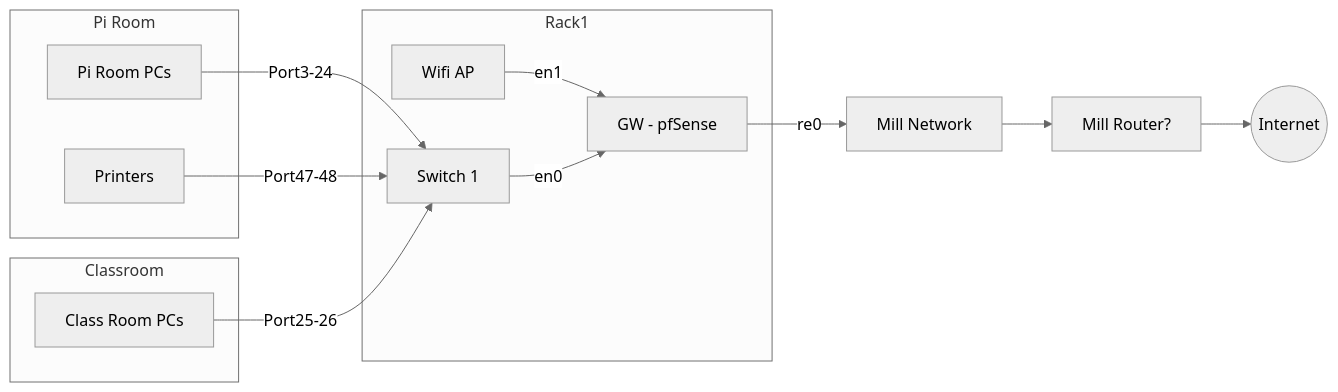
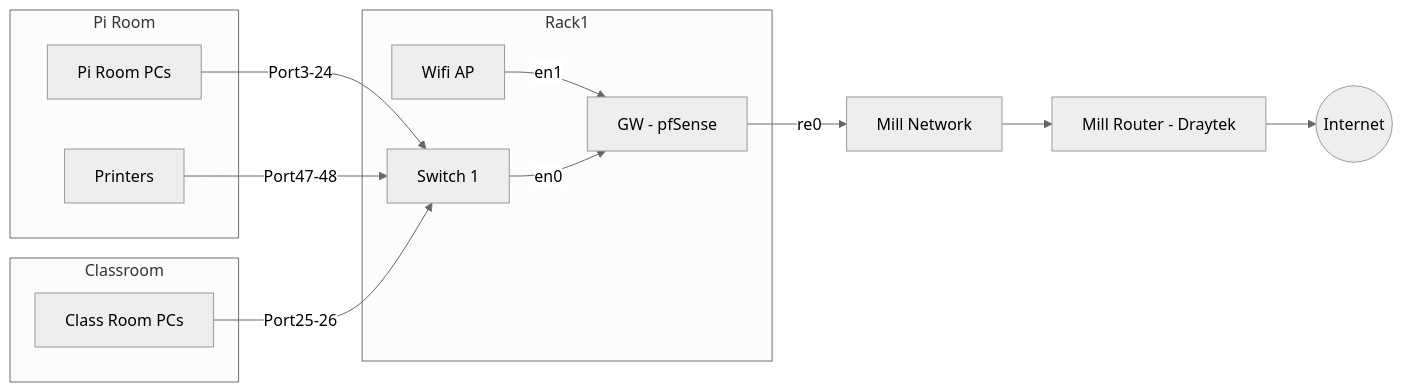
One commit to leigh-hackspace/HackspaceWiki changed the first of 2 diagrams in docs/membership/member_information/network_layout.md. Above: the diagram before and after it, drawn with Mermaid (neutral theme).

Commit message:
Update network map

````diff
--- a/docs/membership/member_information/network_layout.md
+++ b/docs/membership/member_information/network_layout.md
@@ -16,20 +16,20 @@
 ```mermaid
 graph LR
     subgraph Rack1
     GW[GW - pfSense] 
     AP[Wifi AP] -->|en1| GW
     SWITCH1[Switch 1] -->|en0| GW
     end
 
     GW -->|re0| MILL
-    MILL[Mill Network] --> MILLROUTER[Mill Router?] --> INTERNET((Internet))
+    MILL[Mill Network] --> MILLROUTER[Mill Router - Draytek] --> INTERNET((Internet))
     
     subgraph Pi Room
     PIROOMPC[Pi Room PCs] -->|Port3-24| SWITCH1
     PRINTERS[Printers] -->|Port47-48| SWITCH1
     end
 
     subgraph Classroom
     CLASSROOMPC[Class Room PCs] -->|Port25-26| SWITCH1
     end
 ```
````
